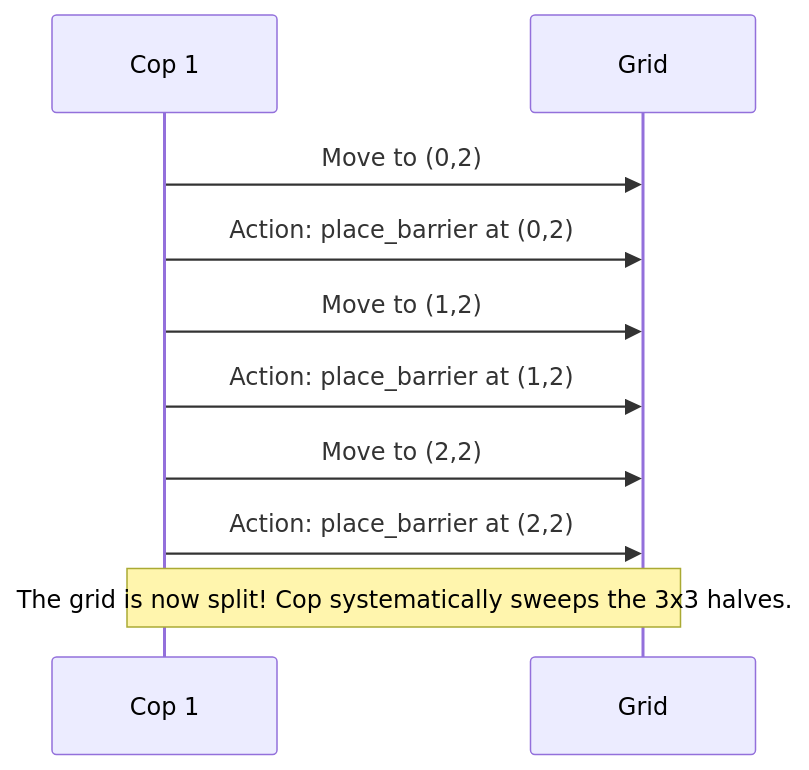
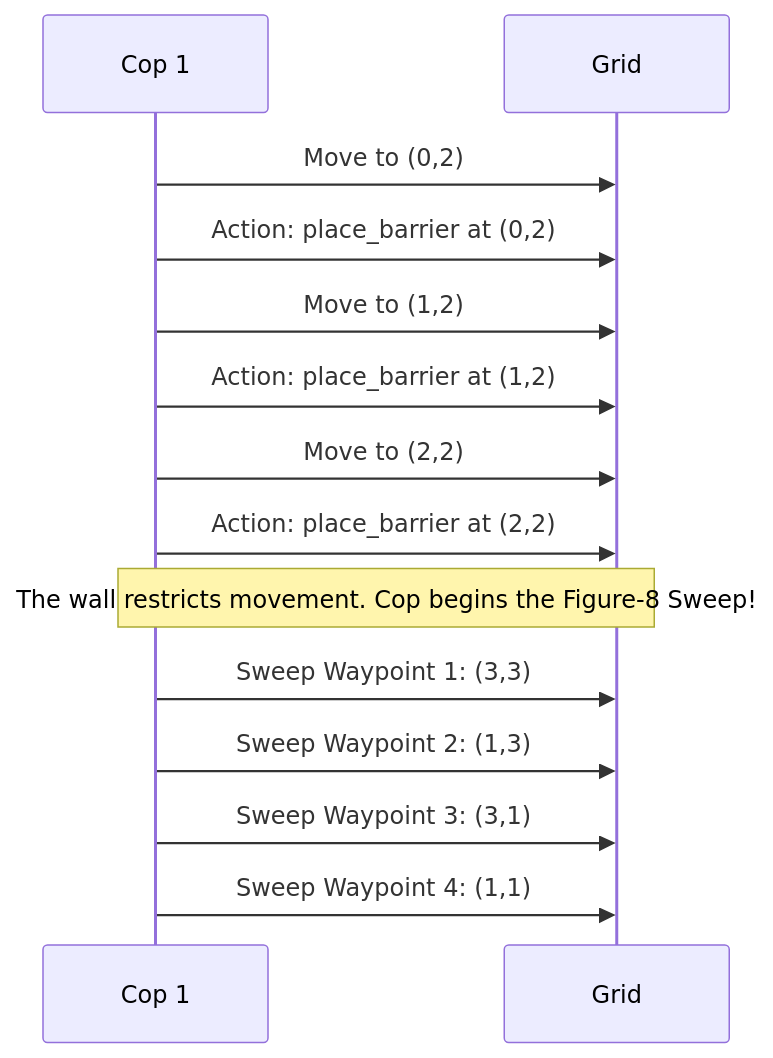
Before and after one commit to Nell-Kh/HW06-Dual-AI-agent-race-via-MCP-servers: the first of 2 diagrams in README.md, drawn with Mermaid. The commit also changed other lines of this file, not shown here.

Commit message:
docs: correct Mermaid diagram to show Figure-8 sweep

````diff
--- a/README.md
+++ b/README.md
@@ -87,12 +93,16 @@
 ```mermaid
 sequenceDiagram
     participant C as Cop 1
     participant G as Grid
     C->>G: Move to (0,2)
     C->>G: Action: place_barrier at (0,2)
     C->>G: Move to (1,2)
     C->>G: Action: place_barrier at (1,2)
     C->>G: Move to (2,2)
     C->>G: Action: place_barrier at (2,2)
-    Note over C,G: The grid is now split! Cop systematically sweeps the 3x3 halves.
+    Note over C,G: The wall restricts movement. Cop begins the Figure-8 Sweep!
+    C->>G: Sweep Waypoint 1: (3,3)
+    C->>G: Sweep Waypoint 2: (1,3)
+    C->>G: Sweep Waypoint 3: (3,1)
+    C->>G: Sweep Waypoint 4: (1,1)
 ```
````
